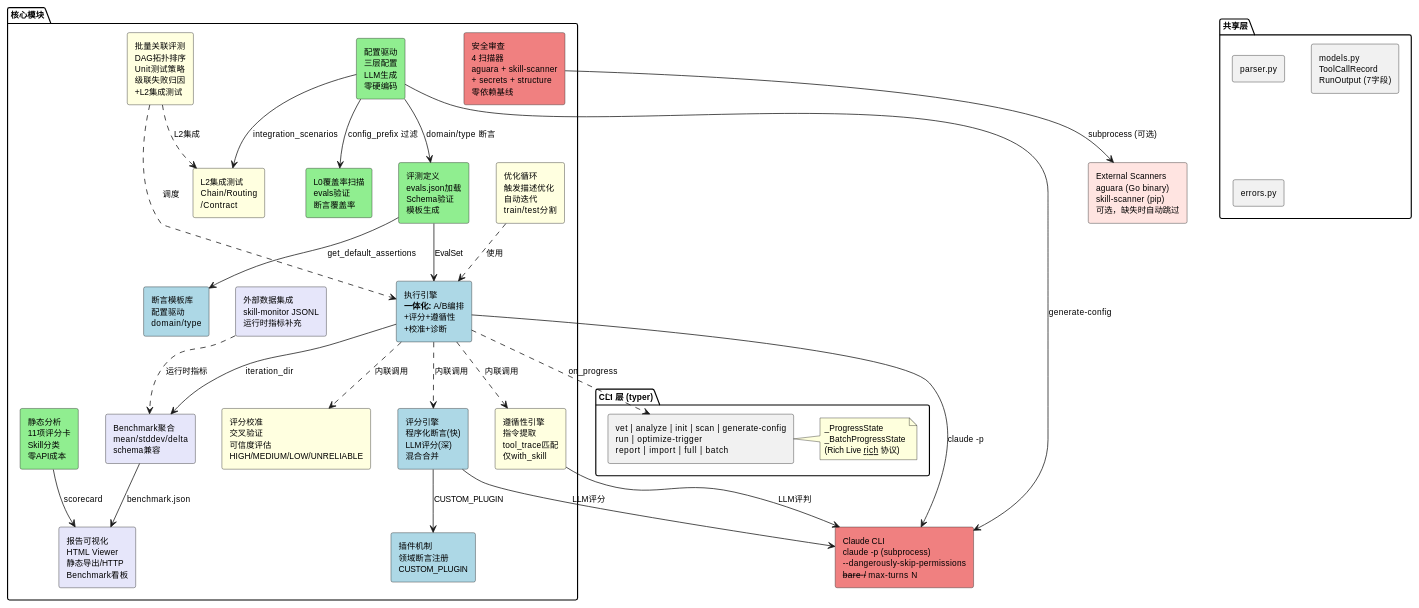
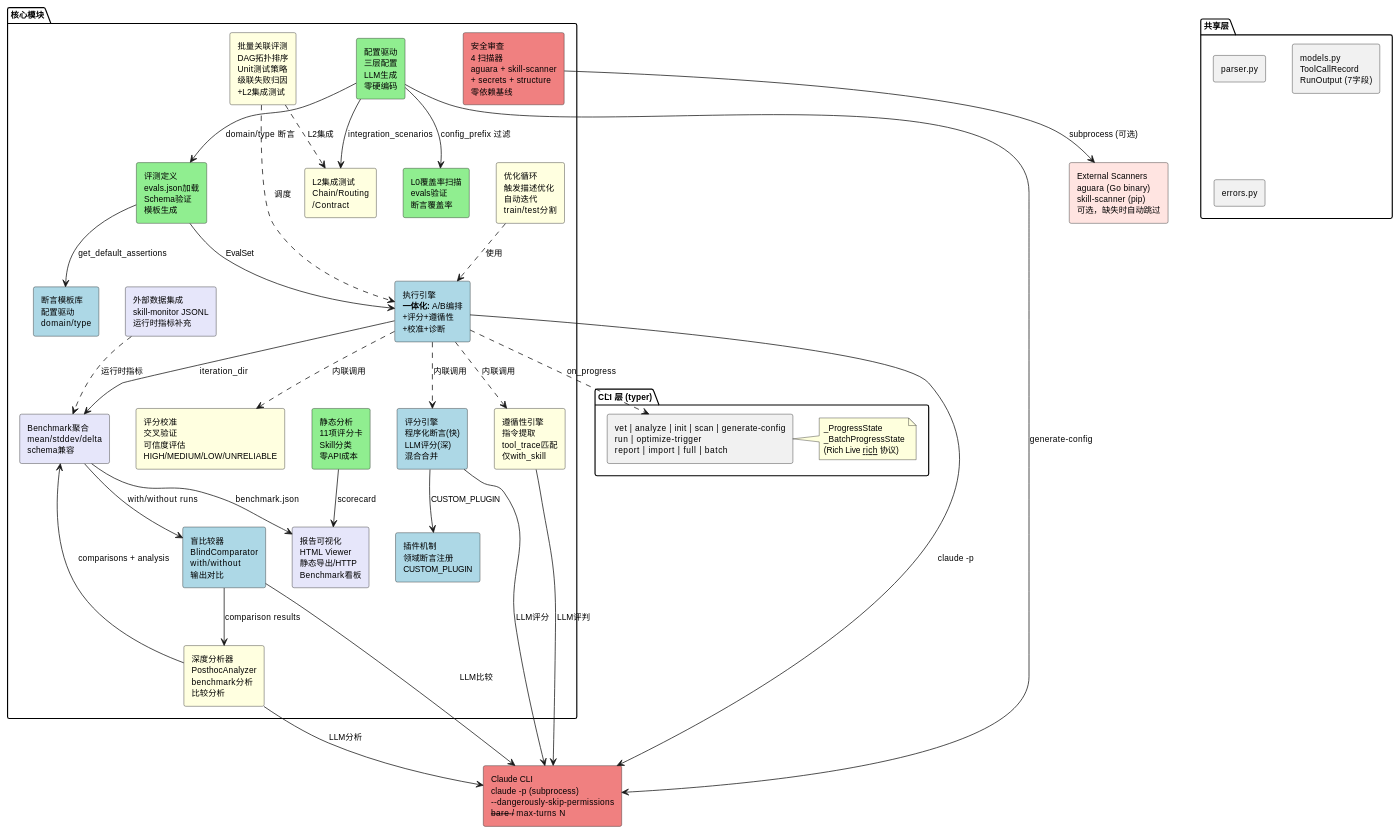
One commit to HangDu1995/sift changed the second of 4 diagrams in docs/skill-eval-arch-design.md. Above: the diagram before and after it, drawn with PlantUML. The commit also changed other lines of this file and 47 other files, not shown here.

````diff
--- a/docs/skill-eval-arch-design.md
+++ b/docs/skill-eval-arch-design.md
@@ -148,66 +148,73 @@
 ```plantuml
 @startuml
 skinparam componentStyle rectangle
 skinparam shadowing false
 skinparam defaultFontSize 11
 
 package "CLI 层 (typer)" as cli_pkg {
     [vet | analyze | init | scan | generate-config\nrun | optimize-trigger\nreport | import | full | batch] as cli
     note right of cli : _ProgressState\n_BatchProgressState\n(Rich Live __rich__ 协议)
 }
 
 package "核心模块" {
     [安全审查\n4 扫描器\naguara + skill-scanner\n+ secrets + structure\n零依赖基线] as sec #LightCoral
     [静态分析\n11项评分卡\nSkill分类\n零API成本] as sa #LightGreen
     [评测定义\nevals.json加载\nSchema验证\n模板生成] as ed #LightGreen
     rectangle "执行引擎\n**一体化:** A/B编排\n+评分+遵循性\n+校准+诊断" as exe #LightBlue
     [评分引擎\n程序化断言(快)\nLLM评分(深)\n混合合并] as scr #LightBlue
     [遵循性引擎\n指令提取\ntool_trace匹配\n仅with_skill] as comp #LightYellow
     [评分校准\n交叉验证\n可信度评估\nHIGH/MEDIUM/LOW/UNRELIABLE] as cal #LightYellow
+    [盲比较器\nBlindComparator\nwith/without\n输出对比] as comp_agent #LightBlue
+    [深度分析器\nPosthocAnalyzer\nbenchmark分析\n比较分析] as analysis_agent #LightYellow
     [Benchmark聚合\nmean/stddev/delta\nschema兼容] as agg #Lavender
 
     [优化循环\n触发描述优化\n自动迭代\ntrain/test分割] as opt #LightYellow
     [批量关联评测\nDAG拓扑排序\nUnit测试策略\n级联失败归因\n+L2集成测试] as batch #LightYellow
     [报告可视化\nHTML Viewer\n静态导出/HTTP\nBenchmark看板] as rpt #Lavender
     [外部数据集成\nskill-monitor JSONL\n运行时指标补充] as intg #Lavender
     [配置驱动\n三层配置\nLLM生成\n零硬编码] as cfg #LightGreen
     [L0覆盖率扫描\nevals验证\n断言覆盖率] as scan_mod #LightGreen
     [L2集成测试\nChain/Routing\n/Contract] as inttest #LightYellow
     [插件机制\n领域断言注册\nCUSTOM_PLUGIN] as plug #LightBlue
     [断言模板库\n配置驱动\ndomain/type] as tmpl #LightBlue
 }
 
 rectangle "Claude CLI\nclaude -p (subprocess)\n--dangerously-skip-permissions\n--bare / --max-turns N" as claude #LightCoral
 
 rectangle "External Scanners\naguara (Go binary)\nskill-scanner (pip)\n可选，缺失时自动跳过" as ext_sec #MistyRose
 
 package "共享层" {
     [parser.py] as parser
     [models.py\nToolCallRecord\nRunOutput (7字段)] as models
     [errors.py] as errors
 }
 
 sec --> ext_sec : subprocess (可选)
 ed --> exe : EvalSet
 exe ..> scr : 内联调用
 exe ..> comp : 内联调用
 exe ..> cal : 内联调用
 exe --> claude : claude -p
 scr --> claude : LLM评分
 comp --> claude : LLM评判
 exe --> agg : iteration_dir
+agg --> comp_agent : with/without runs
+comp_agent --> analysis_agent : comparison results
+comp_agent --> claude : LLM比较
+analysis_agent --> claude : LLM分析
+analysis_agent --> agg : comparisons + analysis
 opt ..> exe : 使用
 batch ..> exe : 调度
 batch ..> inttest : L2集成
 agg --> rpt : benchmark.json
 sa --> rpt : scorecard
 intg ..> agg : 运行时指标
 exe ..> cli : on_progress
 cfg --> ed : domain/type 断言
 cfg --> scan_mod : config_prefix 过滤
 cfg --> inttest : integration_scenarios
 scr --> plug : CUSTOM_PLUGIN
 ed --> tmpl : get_default_assertions
 cfg --> claude : generate-config
 @enduml
 ```
````
